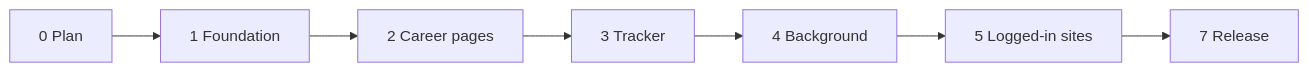
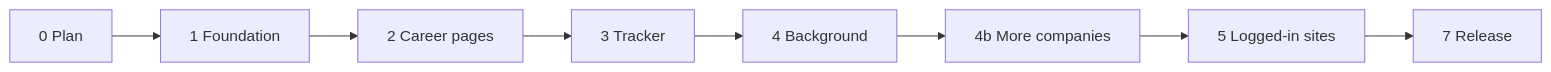
The diagram in docs/plan.md (Avijit07x/truapply), drawn with Mermaid before and after one commit. The commit also changed other lines of this file and 16 other files, not shown here.

````diff
--- a/docs/plan.md
+++ b/docs/plan.md
@@ -83,5 +83,5 @@
 ```mermaid
 flowchart LR
-  P0[0 Plan] --> P1[1 Foundation] --> P2[2 Career pages] --> P3[3 Tracker] --> P4[4 Background]
-  P4 --> P5[5 Logged-in sites] --> P7[7 Release]
+  P0[0 Plan] --> P1[1 Foundation] --> P2[2 Career pages] --> P3[3 Tracker] --> P4[4 Background] --> P4b[4b More companies]
+  P4b --> P5[5 Logged-in sites] --> P7[7 Release]
 ```
````
